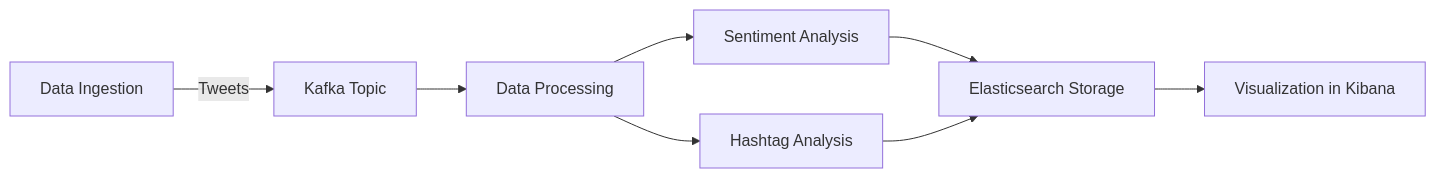
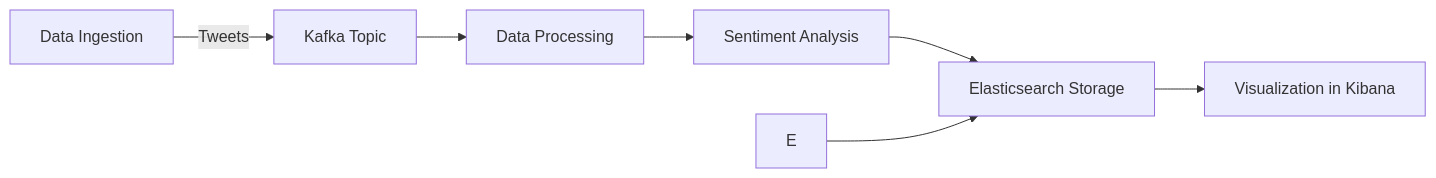
Before and after one commit to amjadAwad95/Twitter-Stream-Processing-Pipeline: the diagram in README.md, drawn with Mermaid. The commit also changed other lines of this file, not shown here.

````diff
--- a/README.md
+++ b/README.md
@@ -115,10 +117,9 @@
 ```mermaid
 graph LR
 A[Data Ingestion] -->|Tweets| B[Kafka Topic]
 B --> C[Data Processing]
 C --> D[Sentiment Analysis]
-C --> E[Hashtag Analysis]
 D --> F[Elasticsearch Storage]
 E --> F
 F --> G[Visualization in Kibana]
 ```
````
